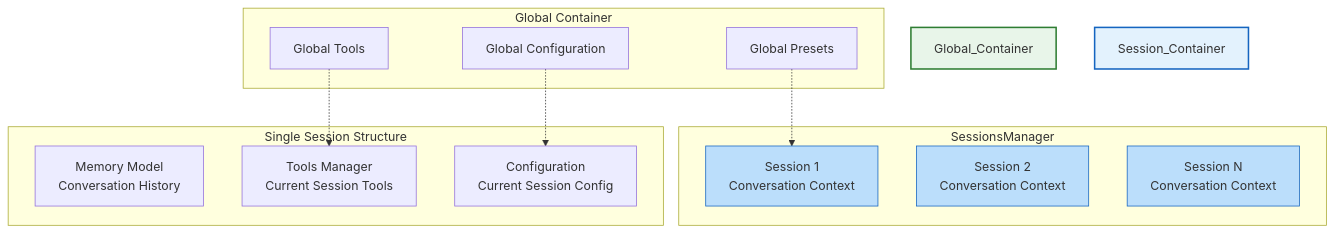
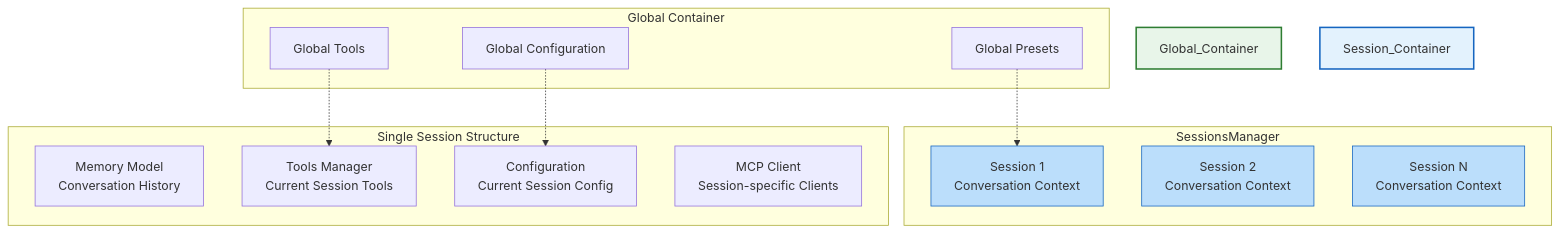
Before and after one commit to AmritaBot/AmritaCore: the second of 3 diagrams in docs/guide/getting-started/architecture.md, drawn with Mermaid. The commit also changed other lines of this file and 6 other files, not shown here.

````diff
--- a/docs/guide/getting-started/architecture.md
+++ b/docs/guide/getting-started/architecture.md
@@ -41,30 +46,31 @@
 ```mermaid
 graph TB
     subgraph "Global Container"
         G_Tools[Global Tools]
         G_Presets[Global Presets]
         G_Config[Global Configuration]
     end
 
     subgraph "SessionsManager"
         S1[Session 1<br/>Conversation Context]
         S2[Session 2<br/>Conversation Context]
         SN[Session N<br/>Conversation Context]
     end
 
     subgraph "Single Session Structure"
         Mem[Memory Model<br/>Conversation History]
         Tools[Tools Manager<br/>Current Session Tools]
         Conf[Configuration<br/>Current Session Config]
+        MCP[MCP Client<br/>Session-specific Clients]
     end
 
     G_Tools -.-> Tools
     G_Presets -.-> S1
     G_Config -.-> Conf
 
     style Global_Container fill:#e8f5e9,stroke:#2e7d32,stroke-width:2px
     style Session_Container fill:#e3f2fd,stroke:#1565c0,stroke-width:2px
     style S1 fill:#bbdefb,stroke:#1565c0,stroke-width:1px
     style S2 fill:#bbdefb,stroke:#1565c0,stroke-width:1px
     style SN fill:#bbdefb,stroke:#1565c0,stroke-width:1px
 ```
````
